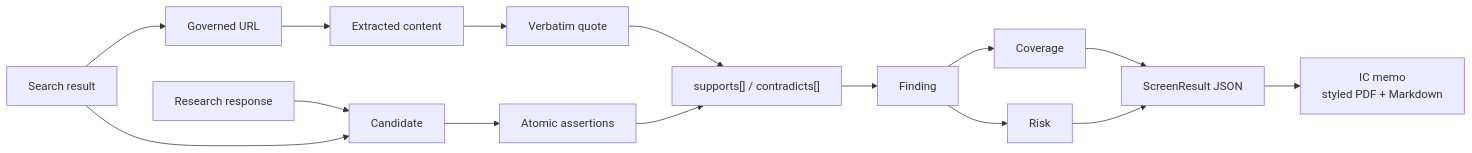
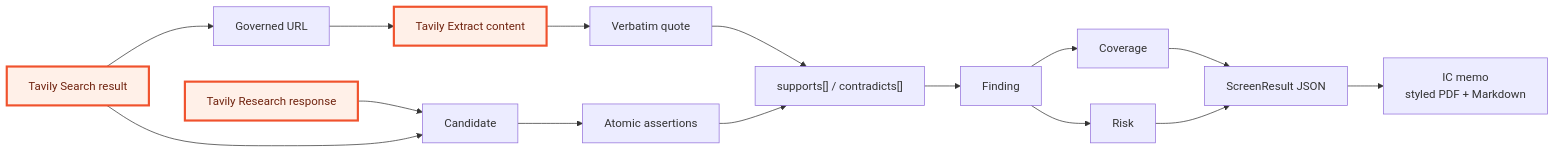
The sixth of 8 diagrams in docs/ARCHITECTURE.md (0xtigerclaw/deal_lens), drawn with Mermaid before and after one commit. The commit also changed other lines of this file and 12 other files, not shown here.

````diff
--- a/docs/ARCHITECTURE.md
+++ b/docs/ARCHITECTURE.md
@@ -154,17 +167,20 @@
 ```mermaid
 flowchart LR
-    TR["Research response"] --> Candidate
-    TS["Search result"] --> Candidate
+    TR["Tavily Research response"] --> Candidate
+    TS["Tavily Search result"] --> Candidate
     Candidate --> Assertion["Atomic assertions"]
     TS --> URL["Governed URL"]
-    URL --> Content["Extracted content"]
+    URL --> Content["Tavily Extract content"]
     Content --> Quote["Verbatim quote"]
     Quote --> Relationship["supports[] / contradicts[]"]
     Assertion --> Relationship
     Relationship --> Finding
     Finding --> Coverage
     Finding --> Risk
     Coverage --> Result["ScreenResult JSON"]
     Risk --> Result
     Result --> Memo["IC memo<br/>styled PDF + Markdown"]
+
+    classDef tavily fill:#fff0e8,stroke:#f0522d,stroke-width:3px,color:#70230f
+    class TR,TS,Content tavily
 ```
````
